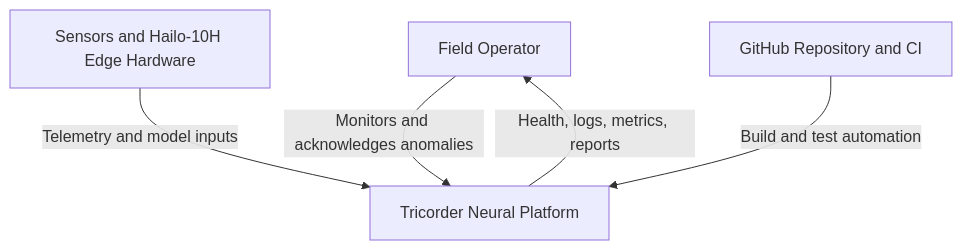
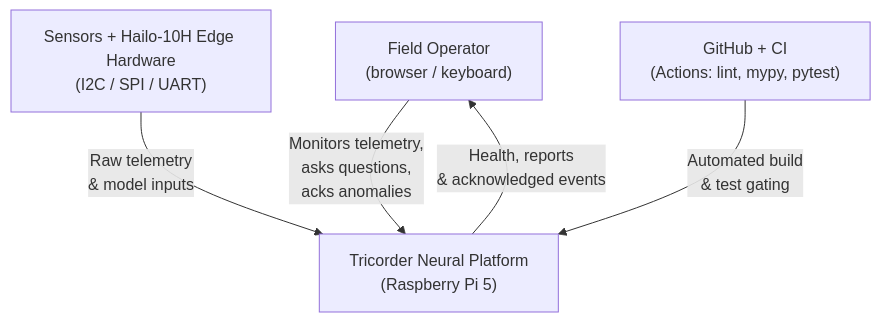
One commit to ianshank/Raspberry-Pi-Tricorder- changed the first of 4 diagrams in docs/architecture/c4-architecture.md. Above: the diagram before and after it, drawn with Mermaid. The commit also changed other lines of this file and 15 other files, not shown here.

````diff
--- a/docs/architecture/c4-architecture.md
+++ b/docs/architecture/c4-architecture.md
@@ -7,12 +10,12 @@
 ```mermaid
 graph TB
-    Operator[Field Operator]
-    Hardware[Sensors and Hailo-10H Edge Hardware]
-    Tricorder[Tricorder Neural Platform]
-    Repo[GitHub Repository and CI]
+    Operator["Field Operator\n(browser / keyboard)"]
+    Hardware["Sensors + Hailo-10H Edge Hardware\n(I2C / SPI / UART)"]
+    Tricorder["Tricorder Neural Platform\n(Raspberry Pi 5)"]
+    Repo["GitHub + CI\n(Actions: lint, mypy, pytest)"]
 
-    Operator -->|Monitors and acknowledges anomalies| Tricorder
-    Hardware -->|Telemetry and model inputs| Tricorder
-    Tricorder -->|Health, logs, metrics, reports| Operator
-    Repo -->|Build and test automation| Tricorder
+    Operator -->|"Monitors telemetry,\nasks questions,\nacks anomalies"| Tricorder
+    Hardware -->|"Raw telemetry\n& model inputs"| Tricorder
+    Tricorder -->|"Health, reports\n& acknowledged events"| Operator
+    Repo -->|"Automated build\n& test gating"| Tricorder
 ```
````
